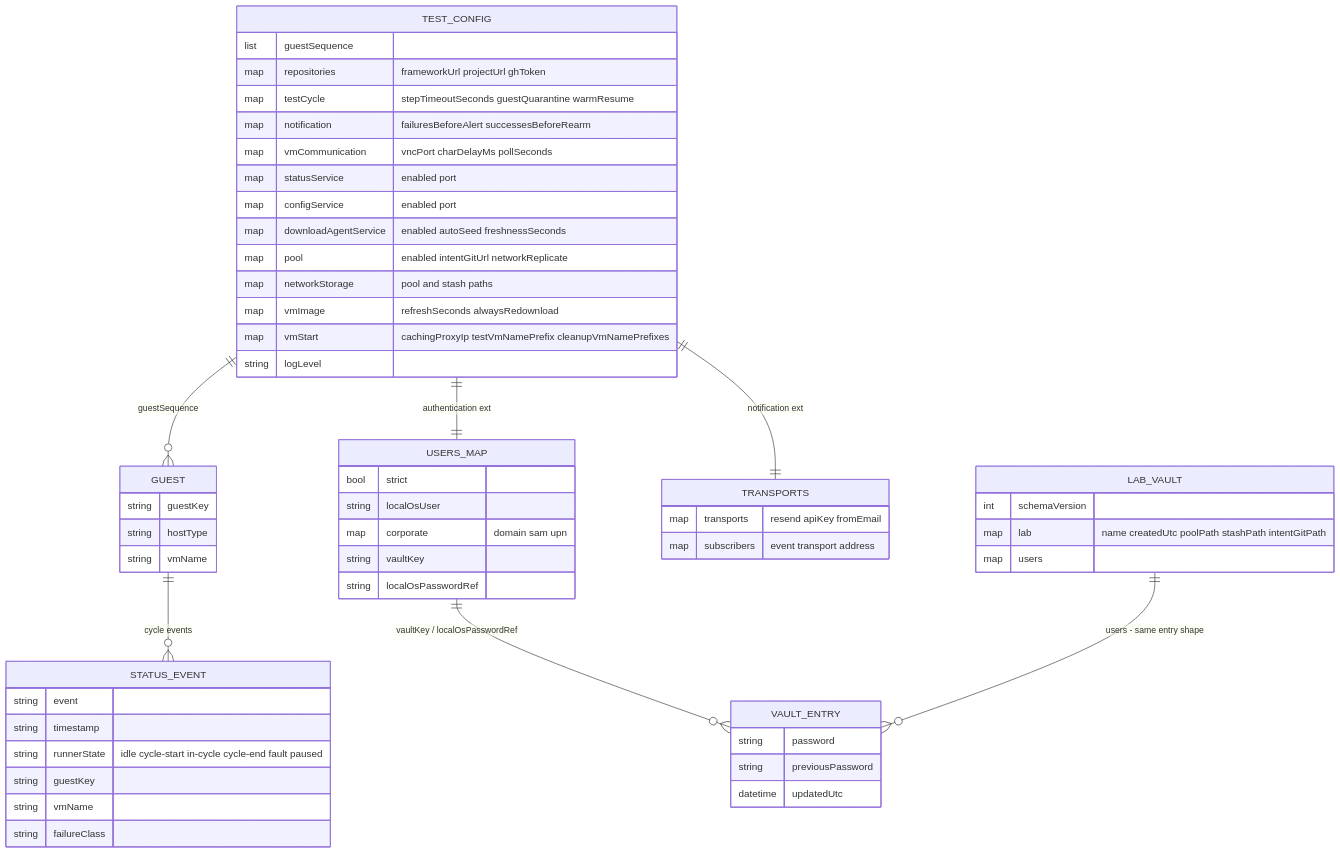
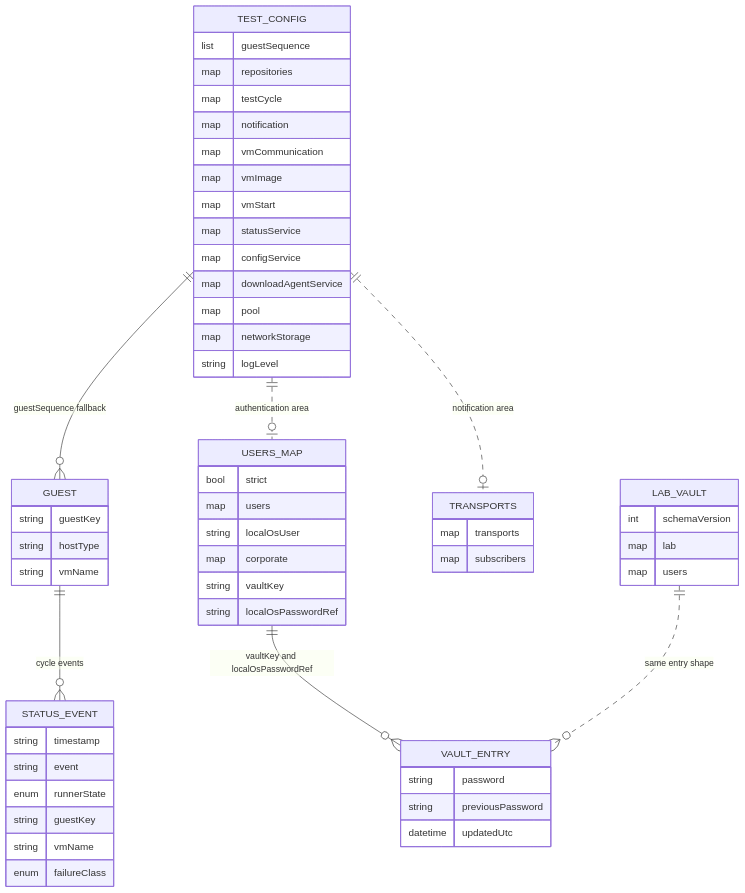
The third of 4 diagrams in docs/design/05-data-model.md (alissonsol/yuruna), drawn with Mermaid before and after one commit. The commit also changed other lines of this file and 652 other files, not shown here.

````diff
--- a/docs/design/05-data-model.md
+++ b/docs/design/05-data-model.md
@@ -184,59 +287,60 @@
 ```mermaid
 erDiagram
-    TEST_CONFIG ||--o{ GUEST : guestSequence
-    TEST_CONFIG ||--|| USERS_MAP : "authentication ext"
-    TEST_CONFIG ||--|| TRANSPORTS : "notification ext"
-    USERS_MAP ||--o{ VAULT_ENTRY : "vaultKey / localOsPasswordRef"
-    LAB_VAULT ||--o{ VAULT_ENTRY : "users - same entry shape"
+    TEST_CONFIG ||--o{ GUEST : "guestSequence fallback"
+    TEST_CONFIG ||..o| USERS_MAP : "authentication area"
+    TEST_CONFIG ||..o| TRANSPORTS : "notification area"
+    USERS_MAP ||--o{ VAULT_ENTRY : "vaultKey and localOsPasswordRef"
+    LAB_VAULT ||..o{ VAULT_ENTRY : "same entry shape"
     GUEST ||--o{ STATUS_EVENT : "cycle events"
 
     TEST_CONFIG {
         list guestSequence
-        map repositories "frameworkUrl projectUrl ghToken"
-        map testCycle "stepTimeoutSeconds guestQuarantine warmResume"
-        map notification "failuresBeforeAlert successesBeforeRearm"
-        map vmCommunication "vncPort charDelayMs pollSeconds"
-        map statusService "enabled port"
-        map configService "enabled port"
-        map downloadAgentService "enabled autoSeed freshnessSeconds"
-        map pool "enabled intentGitUrl networkReplicate"
-        map networkStorage "pool and stash paths"
-        map vmImage "refreshSeconds alwaysRedownload"
-        map vmStart "cachingProxyIp testVmNamePrefix cleanupVmNamePrefixes"
+        map repositories
+        map testCycle
+        map notification
+        map vmCommunication
+        map vmImage
+        map vmStart
+        map statusService
+        map configService
+        map downloadAgentService
+        map pool
+        map networkStorage
         string logLevel
     }
     GUEST {
         string guestKey
         string hostType
         string vmName
     }
     USERS_MAP {
         bool strict
+        map users
         string localOsUser
-        map corporate "domain sam upn"
+        map corporate
         string vaultKey
         string localOsPasswordRef
     }
     VAULT_ENTRY {
         string password
         string previousPassword
         datetime updatedUtc
     }
     LAB_VAULT {
         int schemaVersion
-        map lab "name createdUtc poolPath stashPath intentGitPath"
+        map lab
         map users
     }
     TRANSPORTS {
-        map transports "resend apiKey fromEmail"
-        map subscribers "event transport address"
+        map transports
+        map subscribers
     }
     STATUS_EVENT {
+        string timestamp
         string event
-        string timestamp
-        string runnerState "idle cycle-start in-cycle cycle-end fault paused"
+        enum runnerState
         string guestKey
         string vmName
-        string failureClass
+        enum failureClass
     }
 ```
````
